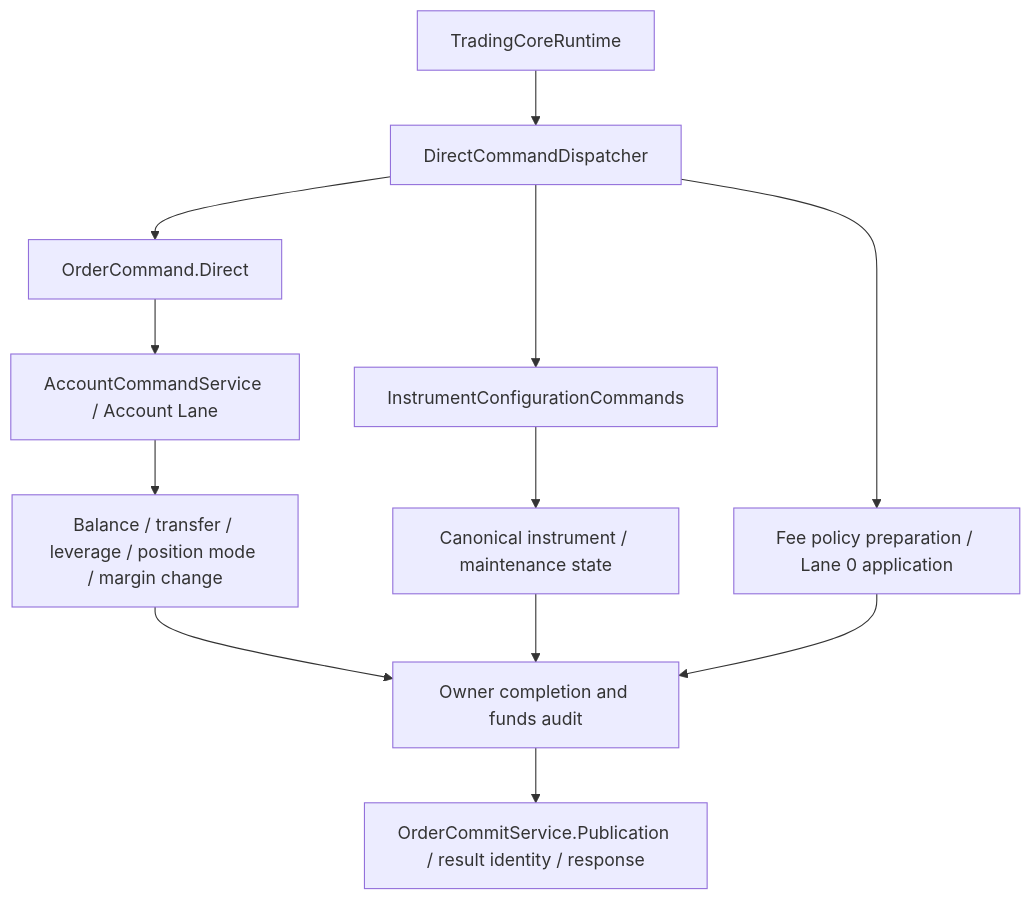
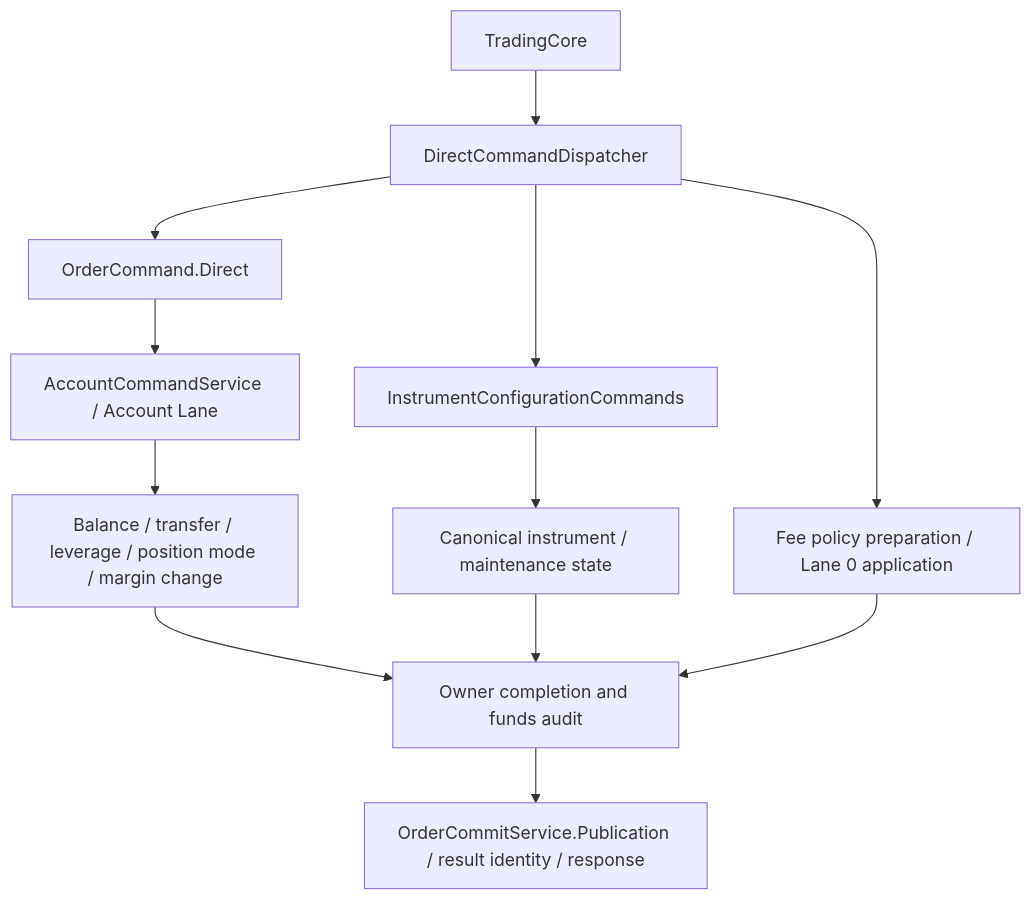
Diagram 14 of 15 in README.md (lilaizhencn/surprising-ex), drawn with Mermaid before and after one commit. The commit also changed other lines of this file and 329 other files, not shown here.

````diff
--- a/README.md
+++ b/README.md
@@ -328,14 +328,14 @@
 ```mermaid
 flowchart TB
-    Runtime[TradingCoreRuntime] --> Dispatch[DirectCommandDispatcher]
+    Runtime[TradingCore] --> Dispatch[DirectCommandDispatcher]
     Dispatch --> Control[OrderCommand.Direct]
     Control --> Lane[AccountCommandService / Account Lane]
     Lane --> Account[Balance / transfer / leverage / position mode / margin change]
     Dispatch --> Instrument[InstrumentConfigurationCommands]
     Instrument --> Config[Canonical instrument / maintenance state]
     Dispatch --> Fee[Fee policy preparation / Lane 0 application]
     Account --> Commit[Owner completion and funds audit]
     Config --> Commit
     Fee --> Commit
     Commit --> Publication[OrderCommitService.Publication / result identity / response]
 ```
````
